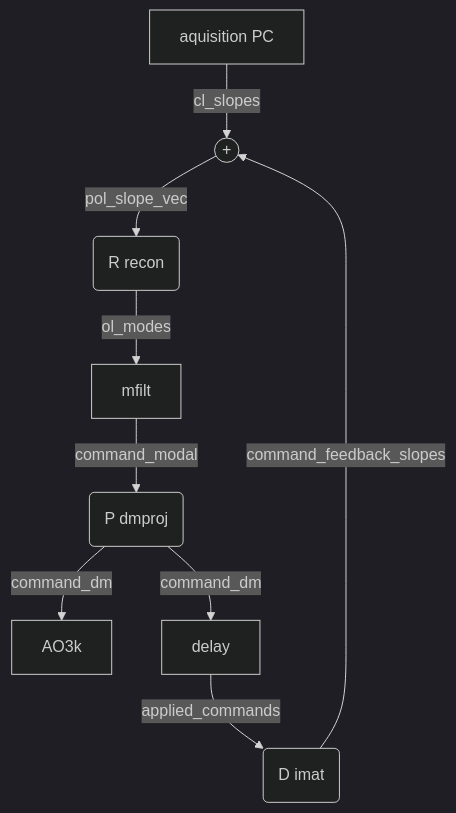
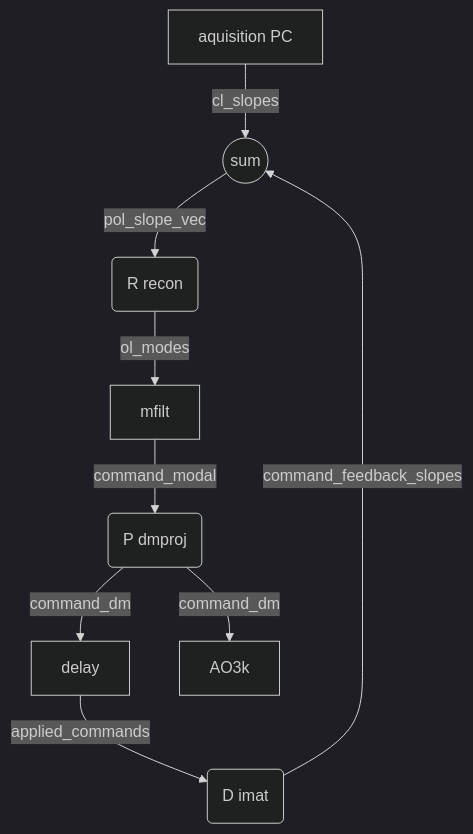
One commit to jcranney/ultimate-rts-devtools changed the second of 2 diagrams in README.md. Above: the diagram before and after it, drawn with Mermaid (dark theme).

````diff
--- a/README.md
+++ b/README.md
@@ -94,13 +94,12 @@
 ```mermaid
 graph TD
 
-aqu[aquisition PC]--cl_slopes-->add
-AO3k
+aqu[aquisition PC]--cl_slopes-->add((sum))
 delay--applied_commands-->imat("D imat")
-add((+))--pol_slope_vec-->recon("R recon")
+add--pol_slope_vec-->recon("R recon")
 recon--"ol_modes"-->mfilt
 mfilt--command_modal-->dmproj("P dmproj")
 dmproj--command_dm-->delay
 imat--command_feedback_slopes-->add
 dmproj--command_dm-->AO3k
 ```
````
